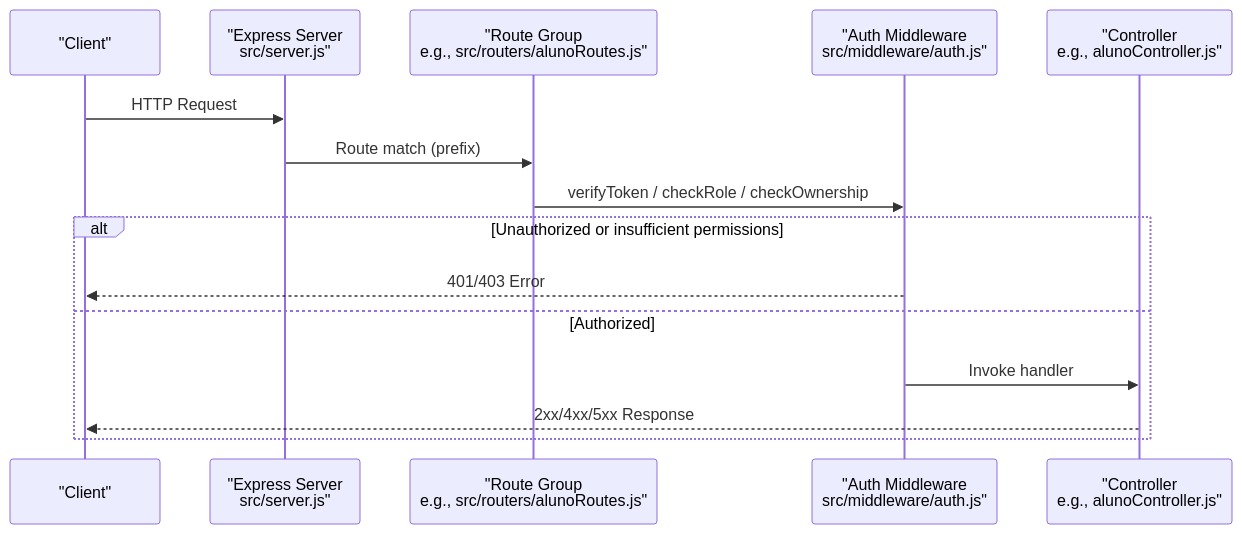
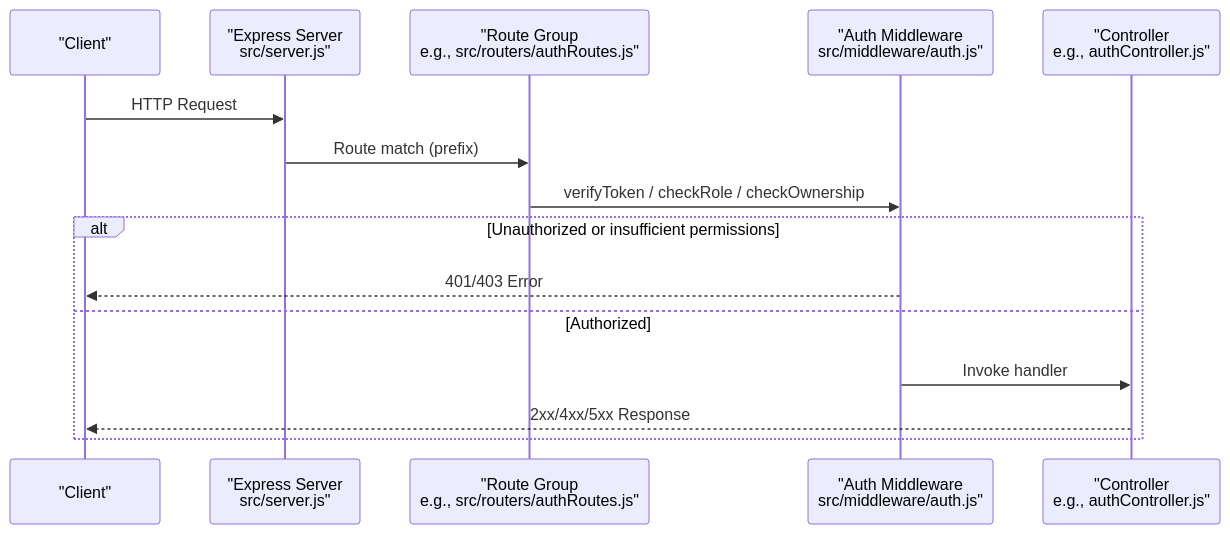
One commit to luiseduacosta/nodemural changed the second of 4 diagrams in .qoder/repowiki/en/content/API Reference/API Reference.md. Above: the diagram before and after it, drawn with Mermaid. The commit also changed other lines of this file and 27 other files, not shown here.

````diff
--- a/.qoder/repowiki/en/content/API Reference/API Reference.md
+++ b/.qoder/repowiki/en/content/API Reference/API Reference.md
@@ -119,17 +134,17 @@
 ```mermaid
 sequenceDiagram
 participant C as "Client"
 participant S as "Express Server<br/>src/server.js"
-participant R as "Route Group<br/>e.g., src/routers/alunoRoutes.js"
+participant R as "Route Group<br/>e.g., src/routers/authRoutes.js"
 participant M as "Auth Middleware<br/>src/middleware/auth.js"
-participant Ctrl as "Controller<br/>e.g., alunoController.js"
+participant Ctrl as "Controller<br/>e.g., authController.js"
 C->>S : HTTP Request
 S->>R : Route match (prefix)
 R->>M : verifyToken / checkRole / checkOwnership
 alt Unauthorized or insufficient permissions
 M-->>C : 401/403 Error
 else Authorized
 M->>Ctrl : Invoke handler
 Ctrl-->>C : 2xx/4xx/5xx Response
 end
 ```
````
